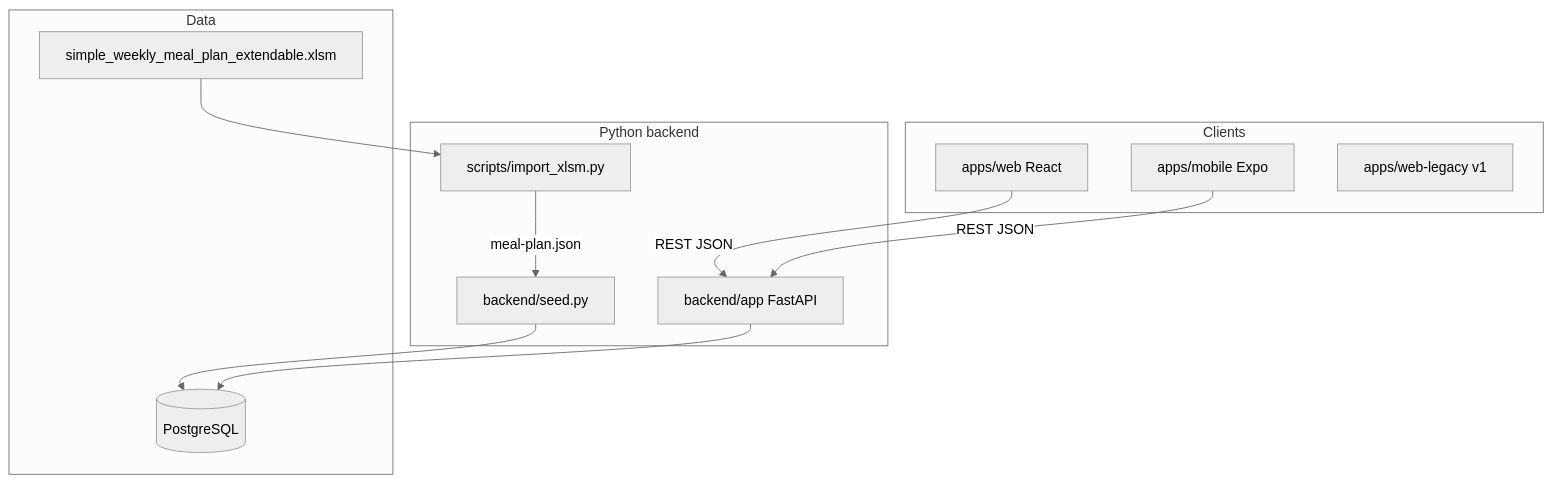
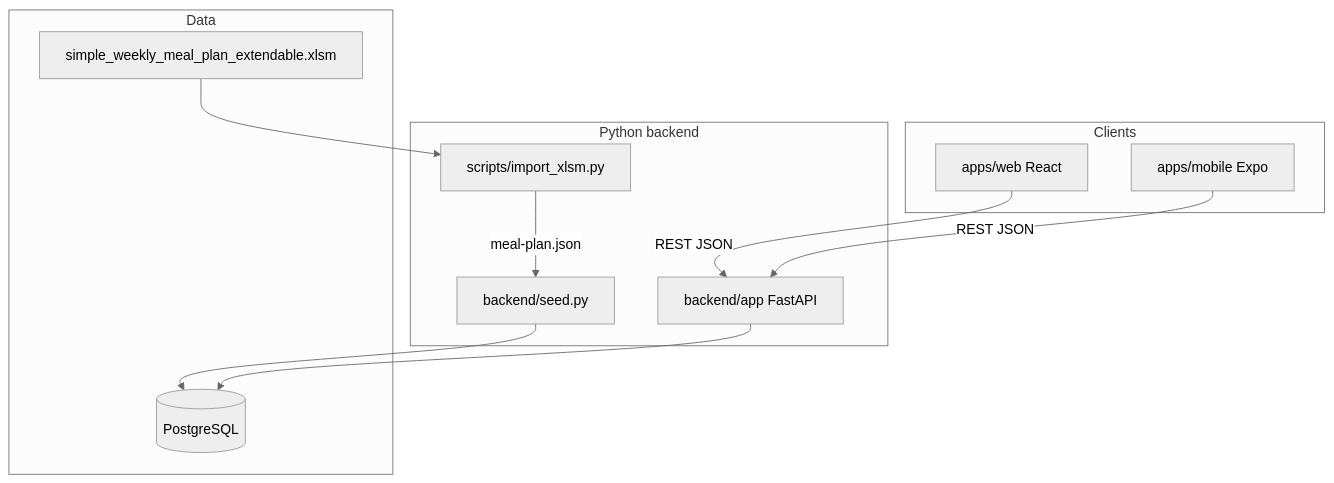
Before and after one commit to yayatitech/DailyDiet: the first of 2 diagrams in docs/ARCHITECTURE.md, drawn with Mermaid (neutral theme). The commit also changed other lines of this file and 21 other files, not shown here.

````diff
--- a/docs/ARCHITECTURE.md
+++ b/docs/ARCHITECTURE.md
@@ -9,25 +9,24 @@
 ```mermaid
 flowchart TB
   subgraph clients [Clients]
     web["apps/web React"]
     mobile["apps/mobile Expo"]
-    legacy["apps/web-legacy v1"]
   end
 
   subgraph backend [Python backend]
     api["backend/app FastAPI"]
     seed["backend/seed.py"]
     import_py["scripts/import_xlsm.py"]
   end
 
   subgraph data [Data]
     pg[("PostgreSQL")]
     xlsm["simple_weekly_meal_plan_extendable.xlsm"]
   end
 
   web -->|REST JSON| api
   mobile -->|REST JSON| api
   xlsm --> import_py -->|meal-plan.json| seed
   seed --> pg
   api --> pg
 ```
````
